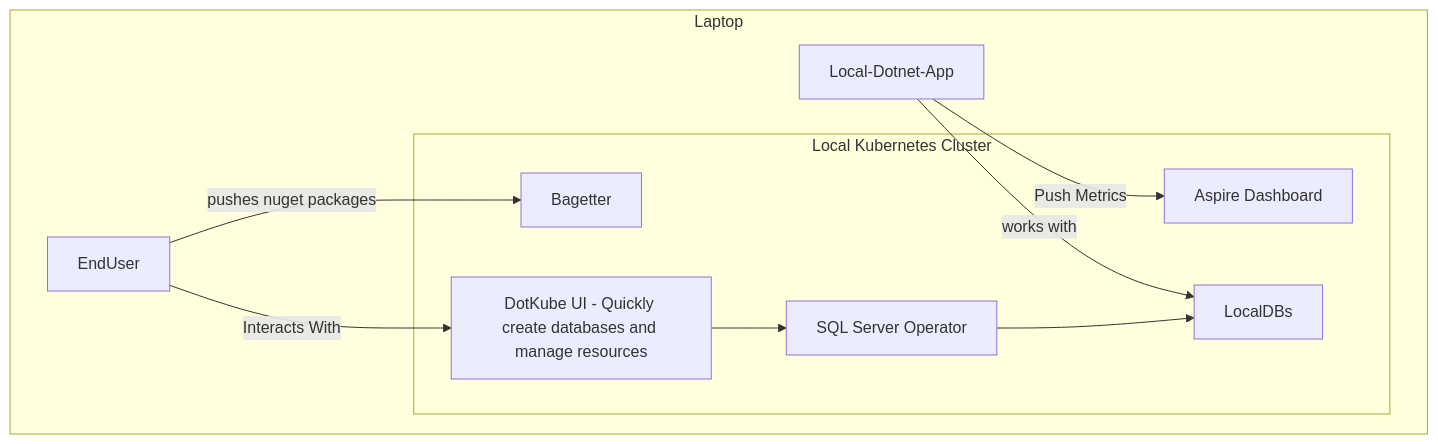
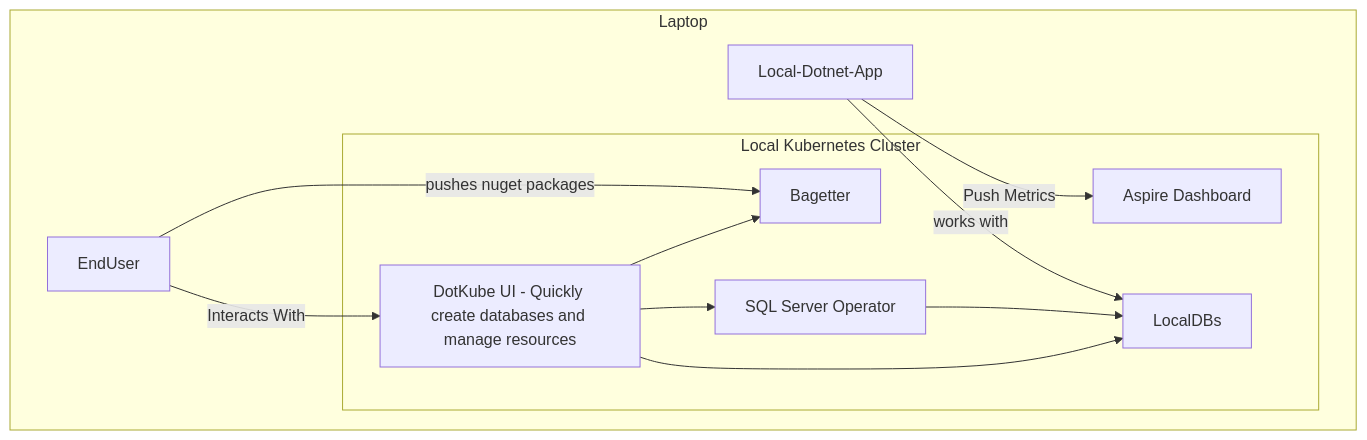
Before and after one commit to DotKube/.github: the diagram in profile/README.md, drawn with Mermaid.

Commit message:
add new connections in mermaid js chart

````diff
--- a/profile/README.md
+++ b/profile/README.md
@@ -120,19 +120,22 @@
 ```mermaid
 graph TD
     subgraph Laptop ["Laptop"]
         subgraph Cluster ["Local Kubernetes Cluster"]
             AspireDashboard["Aspire Dashboard"]
             BagetterApp["Bagetter"]
             SQLServerOperator["SQL Server Operator"]
             LocalDBs
             DotKubeUI["DotKube UI - Quickly create databases and manage resources"]
         end
 
         Local-Dotnet-App -- "Push Metrics" --> AspireDashboard
         EndUser -- "pushes nuget packages" --> BagetterApp
         Local-Dotnet-App -- "works with" --> LocalDBs
         EndUser -- "Interacts With" --> DotKubeUI --> SQLServerOperator
     end
 
     SQLServerOperator --> LocalDBs
+    DotKubeUI --> BagetterApp
+    DotKubeUI --> LocalDBs
+
 ```
````
